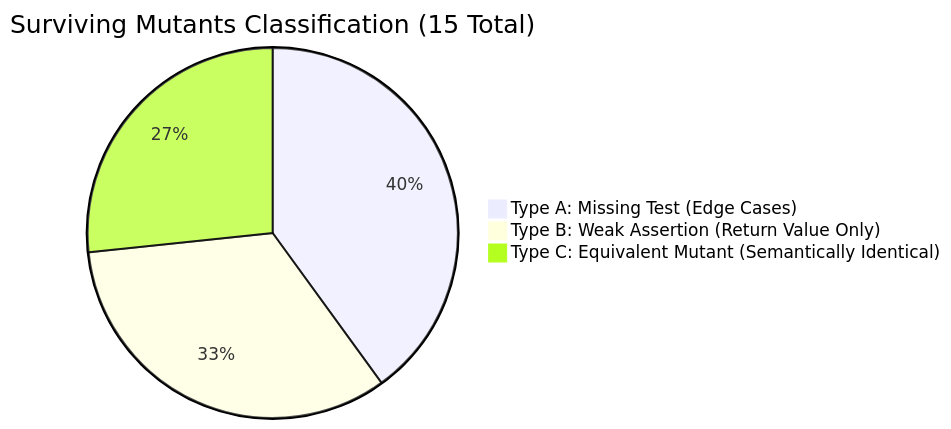
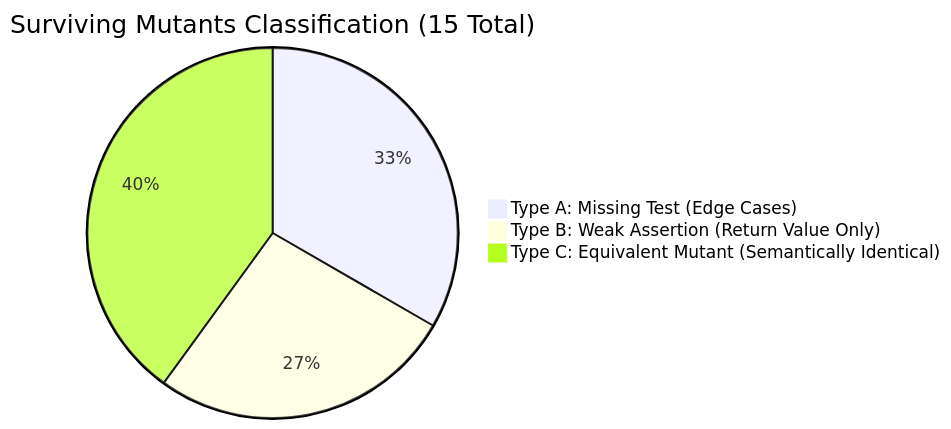
One commit to i243137-oss/frappe-crm-sqe changed the diagram in docs/MUTATION_REPORT.md. Above: the diagram before and after it, drawn with Mermaid. The commit also changed other lines of this file and 3 other files, not shown here.

````diff
--- a/docs/MUTATION_REPORT.md
+++ b/docs/MUTATION_REPORT.md
@@ -72,6 +72,6 @@
 ```mermaid
 pie title Surviving Mutants Classification (15 Total)
-    "Type A: Missing Test (Edge Cases)" : 6
-    "Type B: Weak Assertion (Return Value Only)" : 5
-    "Type C: Equivalent Mutant (Semantically Identical)" : 4
+    "Type A: Missing Test (Edge Cases)" : 5
+    "Type B: Weak Assertion (Return Value Only)" : 4
+    "Type C: Equivalent Mutant (Semantically Identical)" : 6
 ```
````
